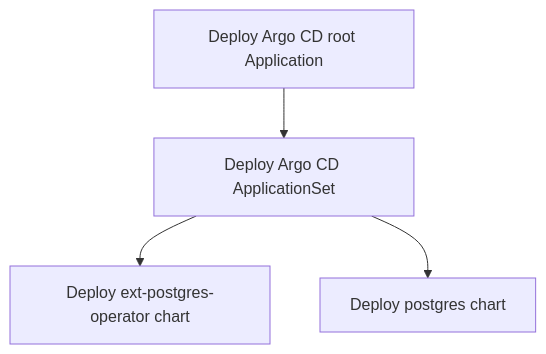
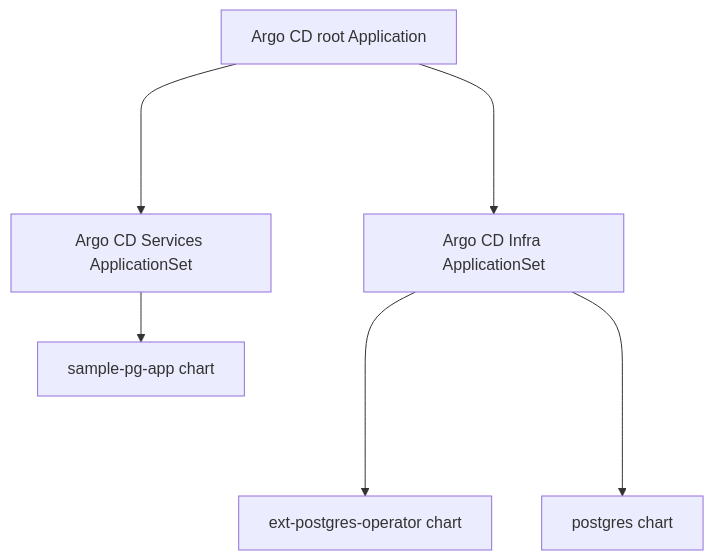
Before and after one commit to Tom-HA/k8s-operators-workshop: the diagram in init-env/02_deploy_root_app.md, drawn with Mermaid. The commit also changed other lines of this file and 22 other files, not shown here.

````diff
--- a/init-env/02_deploy_root_app.md
+++ b/init-env/02_deploy_root_app.md
@@ -22,8 +22,11 @@
 ```mermaid
   graph TD;
-      rootApp[Deploy Argo CD root Application]-->infraAppSet[Deploy Argo CD ApplicationSet]
+      rootApp[Argo CD root Application]---->infraAppSet[Argo CD Infra ApplicationSet]
+      rootApp[Argo CD root Application]---->servicesAppSet[Argo CD Services ApplicationSet]
       
-      infraAppSet-->extPostgresOperator[Deploy ext-postgres-operator chart]
+      infraAppSet---->extPostgresOperator[ext-postgres-operator chart]
+      infraAppSet---->postgres[postgres chart]
+
+      servicesAppSet-->samplePGApp[sample-pg-app chart]
       
-      infraAppSet-->postgres[Deploy postgres chart]
 ```
````
